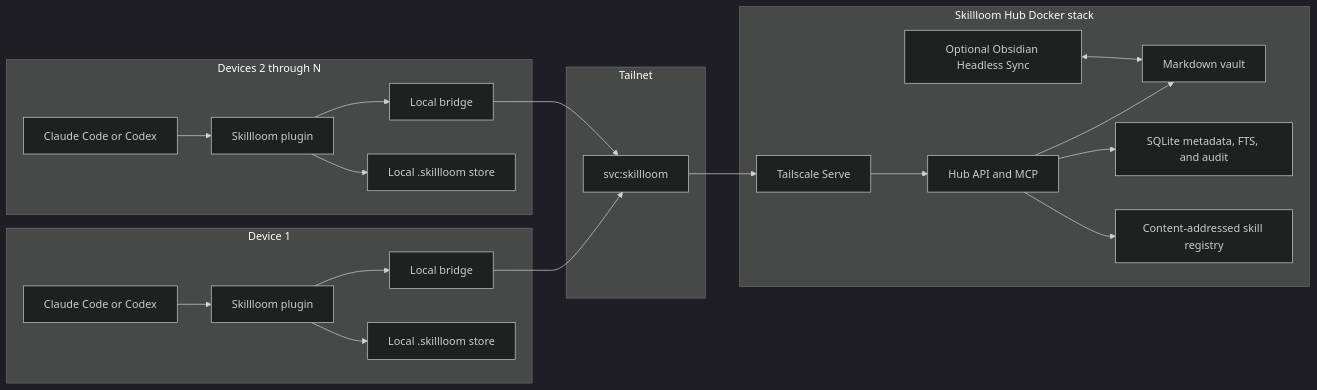
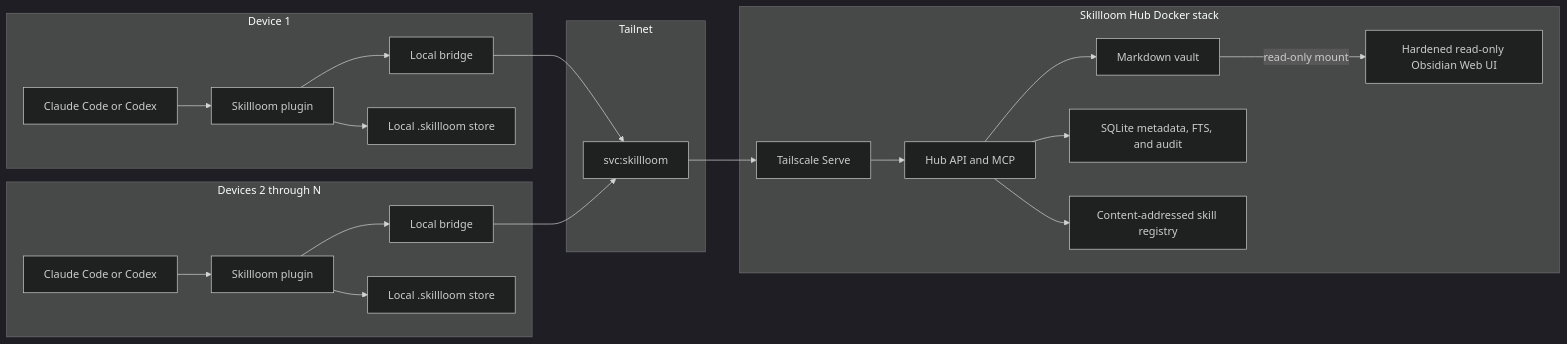
Before and after one commit to Chulinuwu/skillloom: the first of 2 diagrams in HUB_ARCHITECTURE.md, drawn with Mermaid (dark theme). The commit also changed other lines of this file and 39 other files, not shown here.

````diff
--- a/HUB_ARCHITECTURE.md
+++ b/HUB_ARCHITECTURE.md
@@ -88,42 +89,42 @@
 ```mermaid
 flowchart LR
     subgraph N1["Device 1"]
         P1["Skillloom plugin"]
         B1["Local bridge"]
         L1["Local .skillloom store"]
         H1["Claude Code or Codex"]
         H1 --> P1 --> B1
         P1 --> L1
     end
 
     subgraph NN["Devices 2 through N"]
         PN["Skillloom plugin"]
         BN["Local bridge"]
         LN["Local .skillloom store"]
         HN["Claude Code or Codex"]
         HN --> PN --> BN
         PN --> LN
     end
 
     subgraph TS["Tailnet"]
         SVC["svc:skillloom"]
     end
 
     subgraph HUB["Skillloom Hub Docker stack"]
         EDGE["Tailscale Serve"]
         API["Hub API and MCP"]
         VAULT["Markdown vault"]
         INDEX["SQLite metadata, FTS, and audit"]
         REG["Content-addressed skill registry"]
-        SYNC["Optional Obsidian Headless Sync"]
+        OBS["Hardened read-only Obsidian Web UI"]
         EDGE --> API
         API --> VAULT
         API --> INDEX
         API --> REG
-        SYNC <--> VAULT
+        VAULT -->|read-only mount| OBS
     end
 
     B1 --> SVC
     BN --> SVC
     SVC --> EDGE
 ```
````
